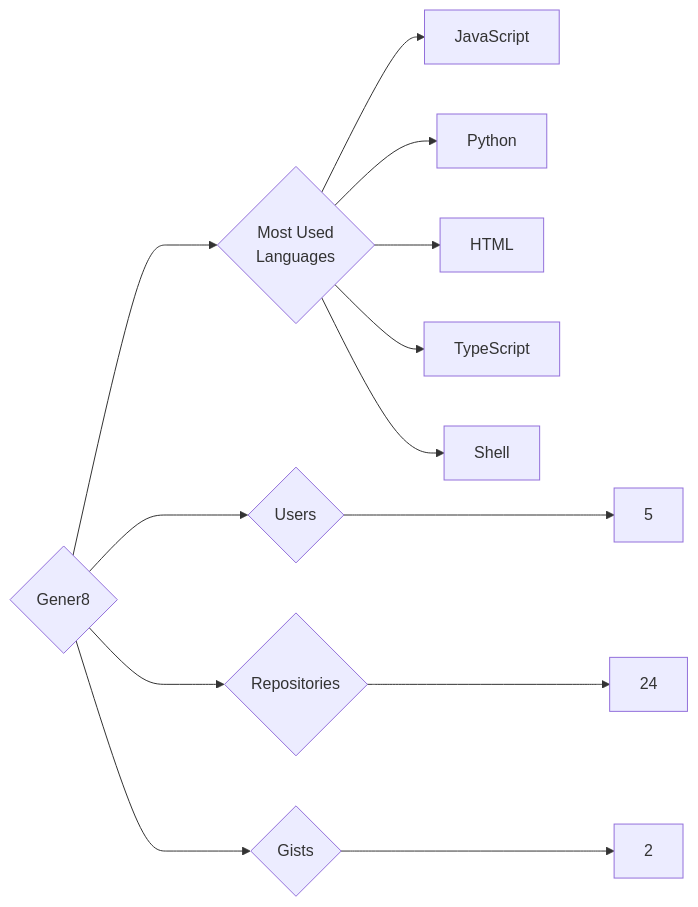
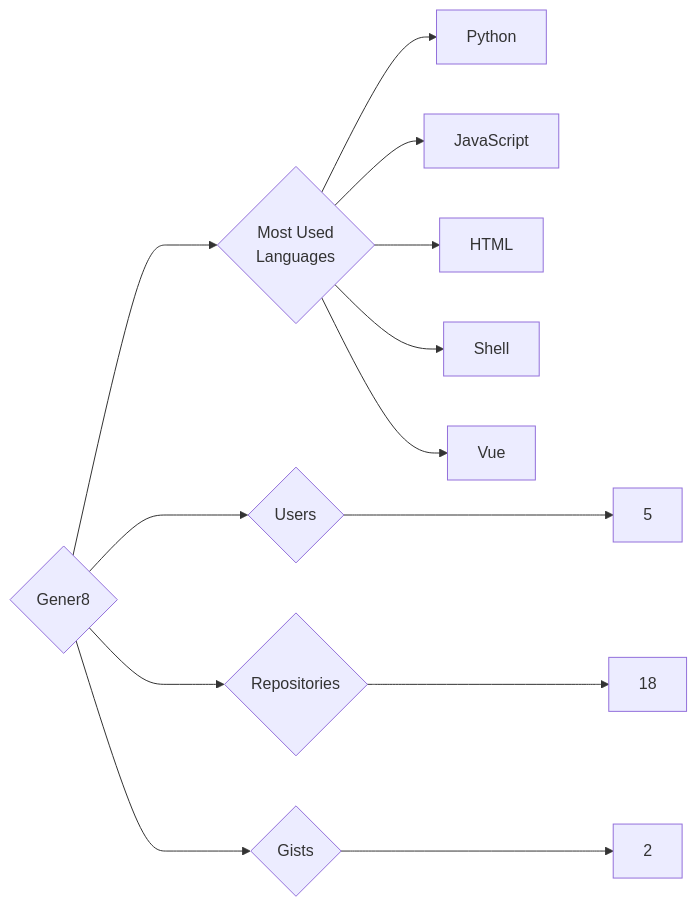
One commit to trickest/insiders changed the diagram in targets/Gener8/README.md. Above: the diagram before and after it, drawn with Mermaid. The commit also changed 998 other files, not shown here.

````diff
--- a/targets/Gener8/README.md
+++ b/targets/Gener8/README.md
@@ -3,13 +3,13 @@
 ```mermaid
 graph LR
 COMPANY_NAME{Gener8}
 COMPANY_NAME ---> U{Users} ---> UN[5]
-COMPANY_NAME ---> R{Repositories} ---> RN[24]
+COMPANY_NAME ---> R{Repositories} ---> RN[18]
 COMPANY_NAME ---> G{Gists} ---> GN[2]
 COMPANY_NAME ---> ML{Most Used<br>Languages}
+ML --> Python[Python]
 ML --> JavaScript[JavaScript]
-ML --> Python[Python]
 ML --> HTML[HTML]
-ML --> TypeScript[TypeScript]
 ML --> Shell[Shell]
+ML --> Vue[Vue]
 ```
````
